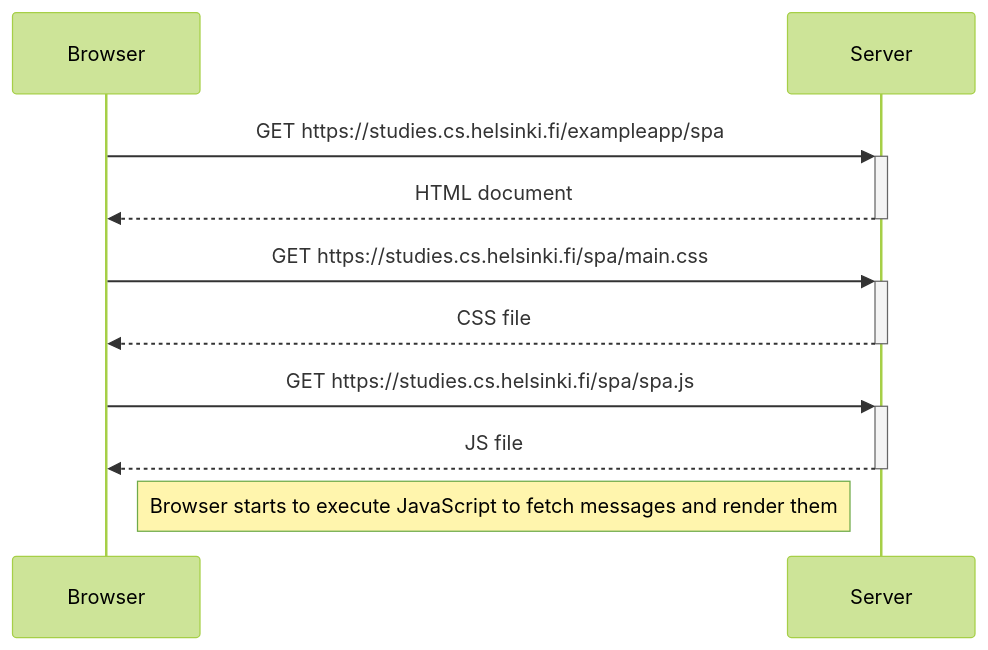
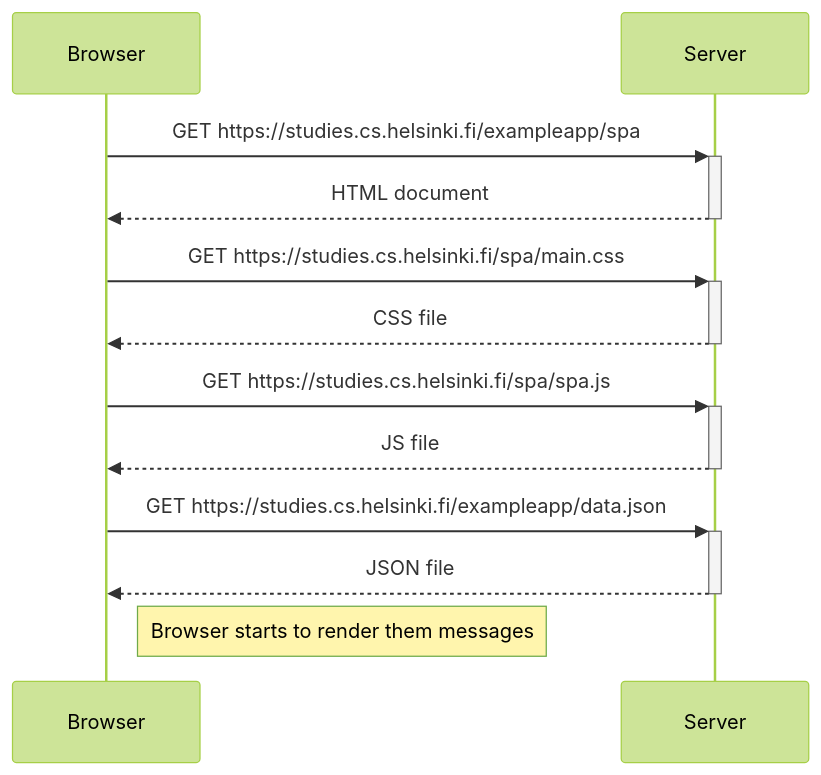
One commit to Atte-Oksanen/Full_stack_open changed the diagram in osa0/0.5.md. Above: the diagram before and after it, drawn with Mermaid (forest theme).

````diff
--- a/osa0/0.5.md
+++ b/osa0/0.5.md
@@ -1,12 +1,14 @@
 ```mermaid
 sequenceDiagram
 participant Browser
 participant Server
     Browser->>+Server: GET https://studies.cs.helsinki.fi/exampleapp/spa
     Server-->>-Browser: HTML document
     Browser->>+Server: GET https://studies.cs.helsinki.fi/spa/main.css
     Server-->>-Browser: CSS file
     Browser->>+Server: GET https://studies.cs.helsinki.fi/spa/spa.js
     Server-->>-Browser: JS file
-    Note right of Browser: Browser starts to execute JavaScript to fetch messages and render them
+    Browser->>+Server: GET https://studies.cs.helsinki.fi/exampleapp/data.json
+    Server-->>-Browser: JSON file
+    Note right of Browser: Browser starts to render them messages
 ```
````
